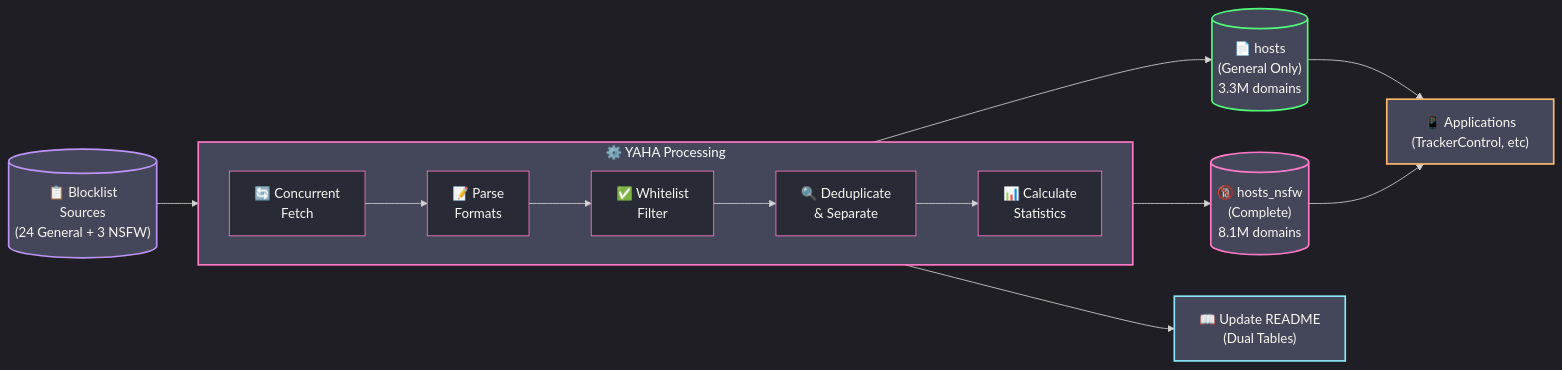
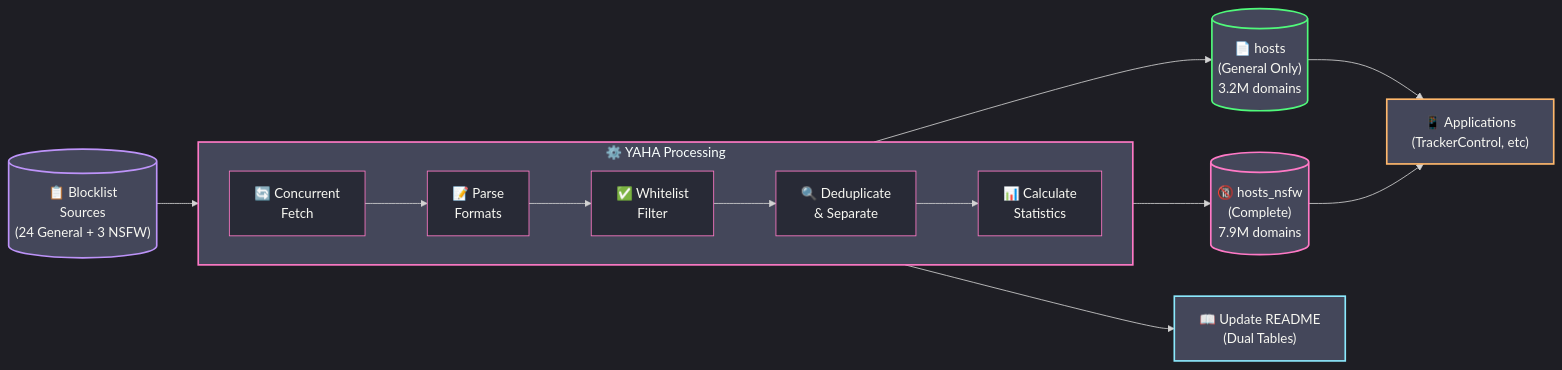
One commit to scottdraper8/yaha changed the diagram in README.md. Above: the diagram before and after it, drawn with Mermaid. The commit also changed other lines of this file, not shown here.

Commit message:
Update blocklist stats: 3244557 general / 7865211 with NSFW [automated]

````diff
--- a/README.md
+++ b/README.md
@@ -42,36 +42,36 @@
 ```mermaid
 %%{init: {'theme': 'dark', 'themeVariables': {
     'primaryColor': '#ff79c6',
     'secondaryColor': '#bd93f9',
     'tertiaryColor': '#44475a',
     'mainBkg': '#282a36',
     'nodeBorder': '#ff79c6',
     'clusterBkg': '#44475a',
     'clusterBorder': '#bd93f9',
     'textColor': '#f8f8f2'
 }}}%%
 flowchart LR
     Sources[("📋 Blocklist<br/>Sources<br/>(24 General + 3 NSFW)")] --> Fetch
 
     subgraph Process["⚙️ YAHA Processing"]
         direction LR
         Fetch["🔄 Concurrent<br/>Fetch"] --> Parse["📝 Parse<br/>Formats"]
         Parse --> Filter["✅ Whitelist<br/>Filter"]
         Filter --> Dedupe["🔍 Deduplicate<br/>& Separate"]
         Dedupe --> Stats["📊 Calculate<br/>Statistics"]
     end
 
-    Stats --> Output1[("📄 hosts<br/>(General Only)<br/>3.3M domains")]
-    Stats --> Output2[("🔞 hosts_nsfw<br/>(Complete)<br/>8.1M domains")]
+    Stats --> Output1[("📄 hosts<br/>(General Only)<br/>3.2M domains")]
+    Stats --> Output2[("🔞 hosts_nsfw<br/>(Complete)<br/>7.9M domains")]
     Stats --> README["📖 Update README<br/>(Dual Tables)"]
 
     Output1 --> Apps["📱 Applications<br/>(TrackerControl, etc)"]
     Output2 --> Apps
 
     style Sources fill:#44475a,stroke:#bd93f9,stroke-width:2px
     style Process fill:#44475a,stroke:#ff79c6,stroke-width:2px
     style Output1 fill:#44475a,stroke:#50fa7b,stroke-width:2px
     style Output2 fill:#44475a,stroke:#ff79c6,stroke-width:2px
     style README fill:#44475a,stroke:#8be9fd,stroke-width:2px
     style Apps fill:#44475a,stroke:#ffb86c,stroke-width:2px
 ```
````
